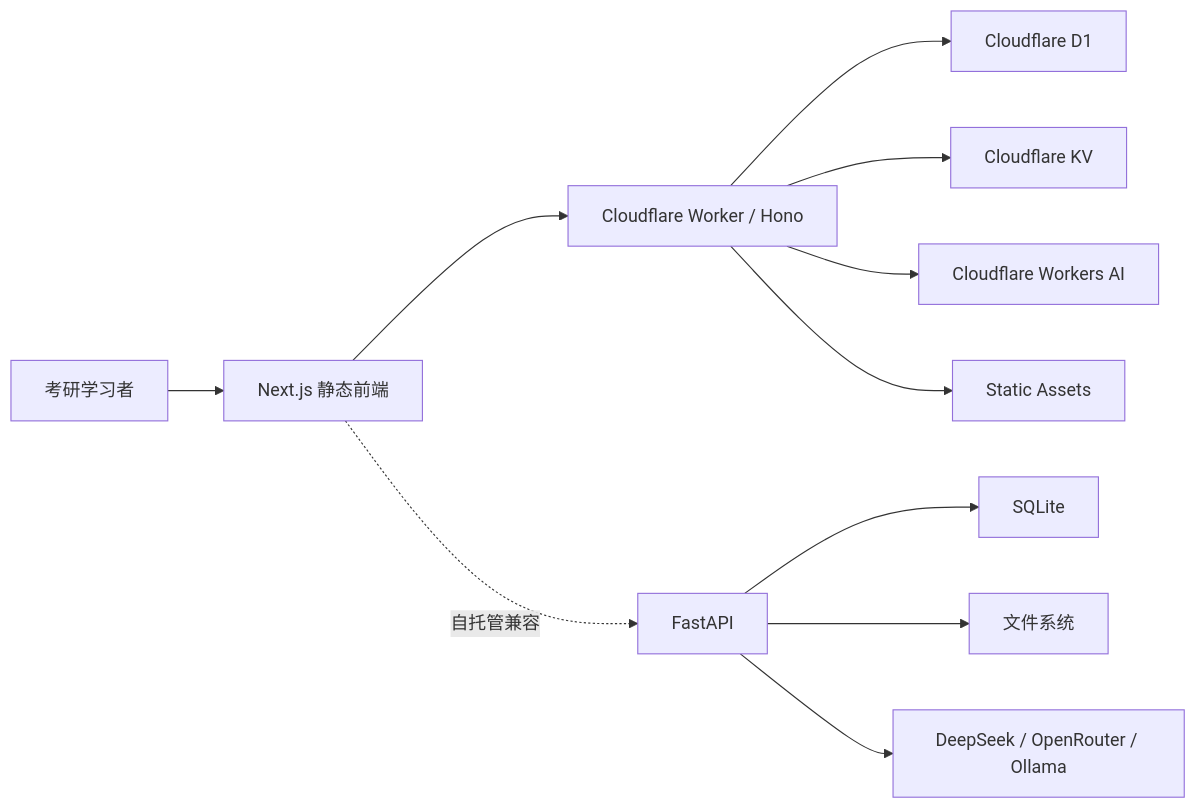
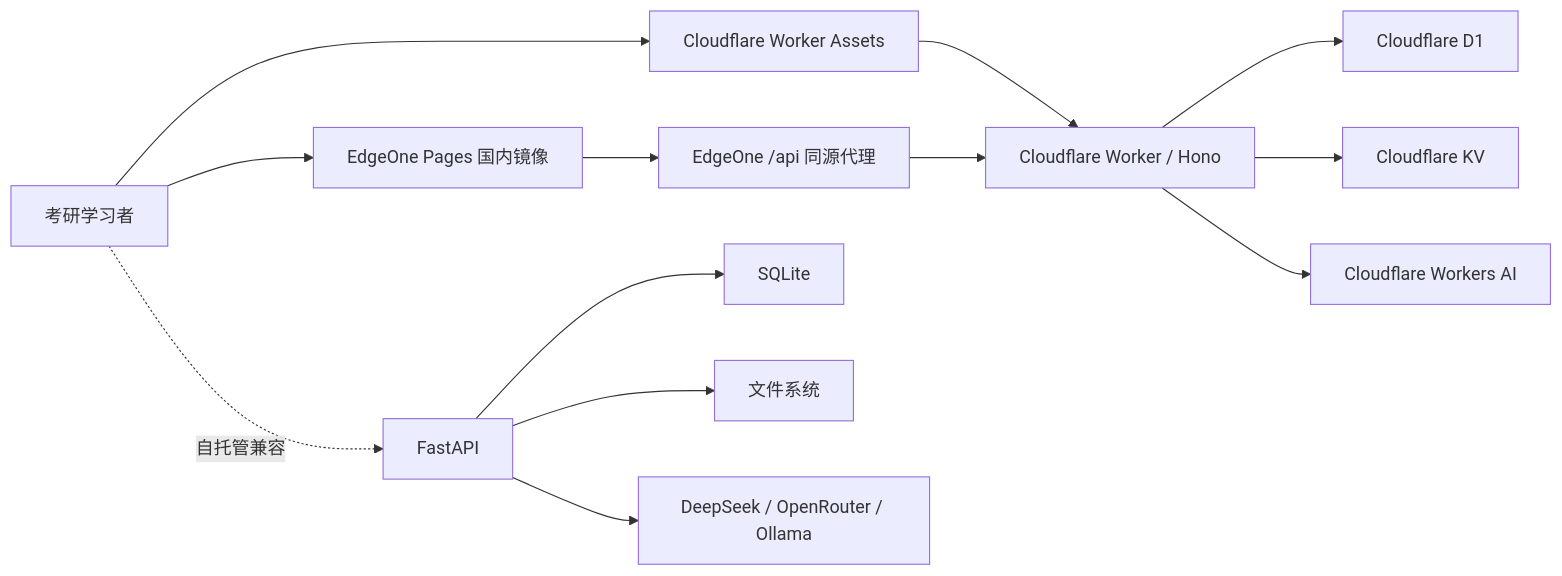
Before and after one commit to renjl130/ai-graduate-exam-os: the diagram in docs/ARCHITECTURE.md, drawn with Mermaid. The commit also changed other lines of this file and 8 other files, not shown here.

Commit message:
feat: prepare EdgeOne China mirror

````diff
--- a/docs/ARCHITECTURE.md
+++ b/docs/ARCHITECTURE.md
@@ -7,14 +7,16 @@
 ```mermaid
 flowchart LR
-  U["考研学习者"] --> FE["Next.js 静态前端"]
-  FE --> CF["Cloudflare Worker / Hono"]
+  U["考研学习者"] --> CFA["Cloudflare Worker Assets"]
+  U --> EO["EdgeOne Pages 国内镜像"]
+  CFA --> CF["Cloudflare Worker / Hono"]
+  EO --> EOP["EdgeOne /api 同源代理"]
+  EOP --> CF
   CF --> D1["Cloudflare D1"]
   CF --> KV["Cloudflare KV"]
   CF --> AI["Cloudflare Workers AI"]
-  CF --> ASSETS["Static Assets"]
 
-  FE -. "自托管兼容" .-> PY["FastAPI"]
+  U -. "自托管兼容" .-> PY["FastAPI"]
   PY --> SQLITE["SQLite"]
   PY --> FS["文件系统"]
   PY --> PROVIDERS["DeepSeek / OpenRouter / Ollama"]
 ```
````
